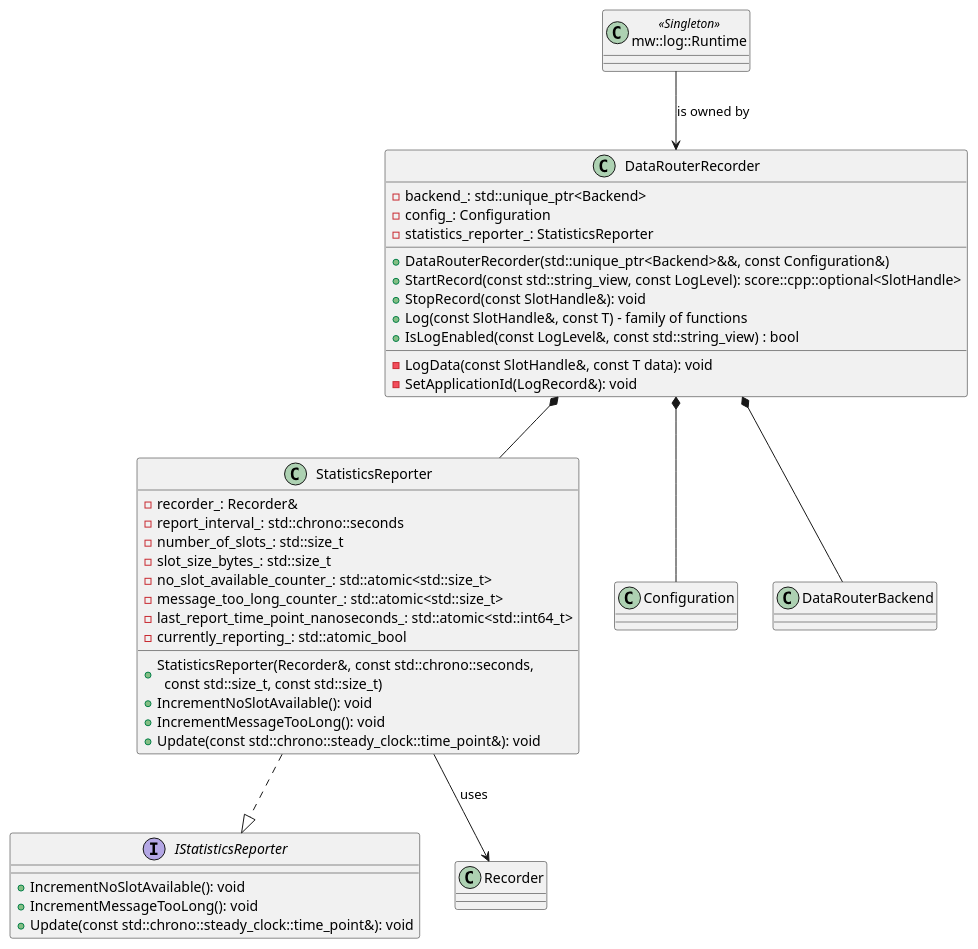
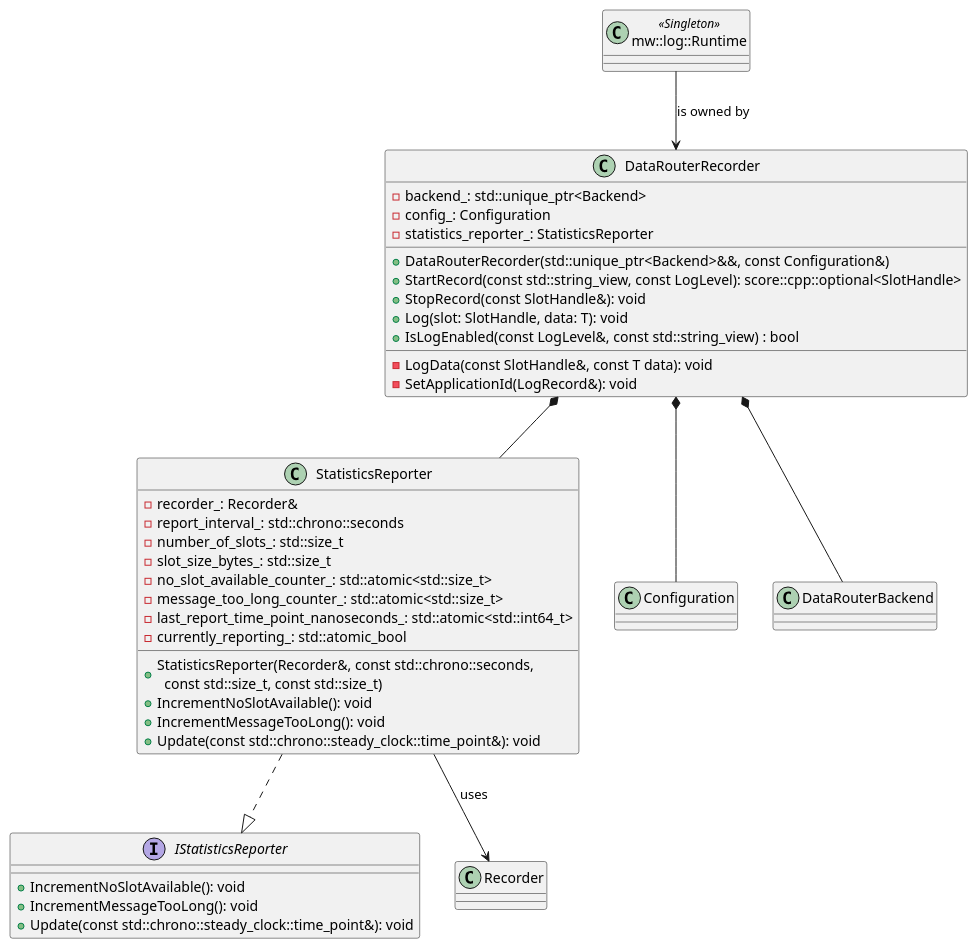
One commit to eclipse-score/logging changed the diagram in score/mw/log/design/backend/datarouter_backend/mw_log_datarouter_recorder.puml. Above: the diagram before and after it, drawn with PlantUML. The commit also changed 12 other files, not shown here.

First line of the commit message:
Fix puml diagrams to comply with score_tooling 2.x parser

```diff
--- a/score/mw/log/design/backend/datarouter_backend/mw_log_datarouter_recorder.puml
+++ b/score/mw/log/design/backend/datarouter_backend/mw_log_datarouter_recorder.puml
@@ -14,60 +14,60 @@
 @startuml mw_log_datarouter_recorder
 
 class "DataRouterRecorder" as DataRouterRecorder {
   - backend_: std::unique_ptr<Backend>
   - config_: Configuration
   - statistics_reporter_: StatisticsReporter
   __
   + DataRouterRecorder(std::unique_ptr<Backend>&&, const Configuration&)
   + StartRecord(const std::string_view, const LogLevel): score::cpp::optional<SlotHandle>
   + StopRecord(const SlotHandle&): void
-  + Log(const SlotHandle&, const T) - family of functions
+  + Log(slot: SlotHandle, data: T): void
   + IsLogEnabled(const LogLevel&, const std::string_view) : bool
   __
   - LogData(const SlotHandle&, const T data): void
   - SetApplicationId(LogRecord&): void
 }
 
 class "StatisticsReporter" as StatisticsReporter {
   - recorder_: Recorder&
   - report_interval_: std::chrono::seconds
   - number_of_slots_: std::size_t
   - slot_size_bytes_: std::size_t
   - no_slot_available_counter_: std::atomic<std::size_t>
   - message_too_long_counter_: std::atomic<std::size_t>
   - last_report_time_point_nanoseconds_: std::atomic<std::int64_t>
   - currently_reporting_: std::atomic_bool
   __
   + StatisticsReporter(Recorder&, const std::chrono::seconds,\n  const std::size_t, const std::size_t)
   + IncrementNoSlotAvailable(): void
   + IncrementMessageTooLong(): void
   + Update(const std::chrono::steady_clock::time_point&): void
 }
 
 interface "IStatisticsReporter" as IStatisticsReporter {
   + IncrementNoSlotAvailable(): void
   + IncrementMessageTooLong(): void
   + Update(const std::chrono::steady_clock::time_point&): void
 }
 
 class "Configuration" as Configuration {
 }
 
 class "DataRouterBackend" as DataRouterBackend {
 }
 
 class "Recorder" as Recorder {
 }
 
 class "mw::log::Runtime" as Runtime <<Singleton>> {
 }
 
 ' Relationships
 Runtime --> DataRouterRecorder : is owned by
 DataRouterRecorder *-- StatisticsReporter
 DataRouterRecorder *-- Configuration
 DataRouterRecorder *-- DataRouterBackend
 StatisticsReporter ..|> IStatisticsReporter
 StatisticsReporter --> Recorder : uses
 
 @enduml
```
